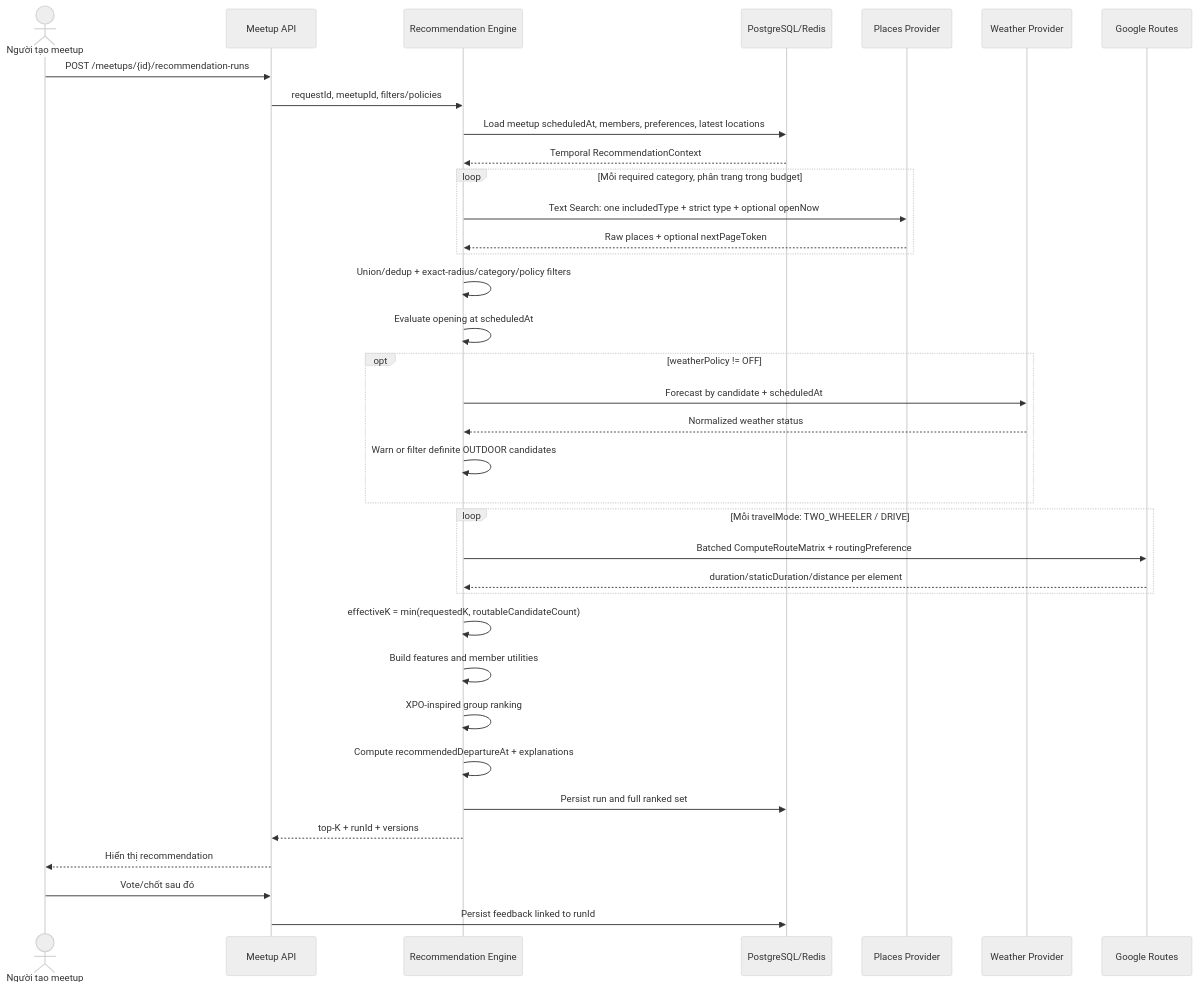
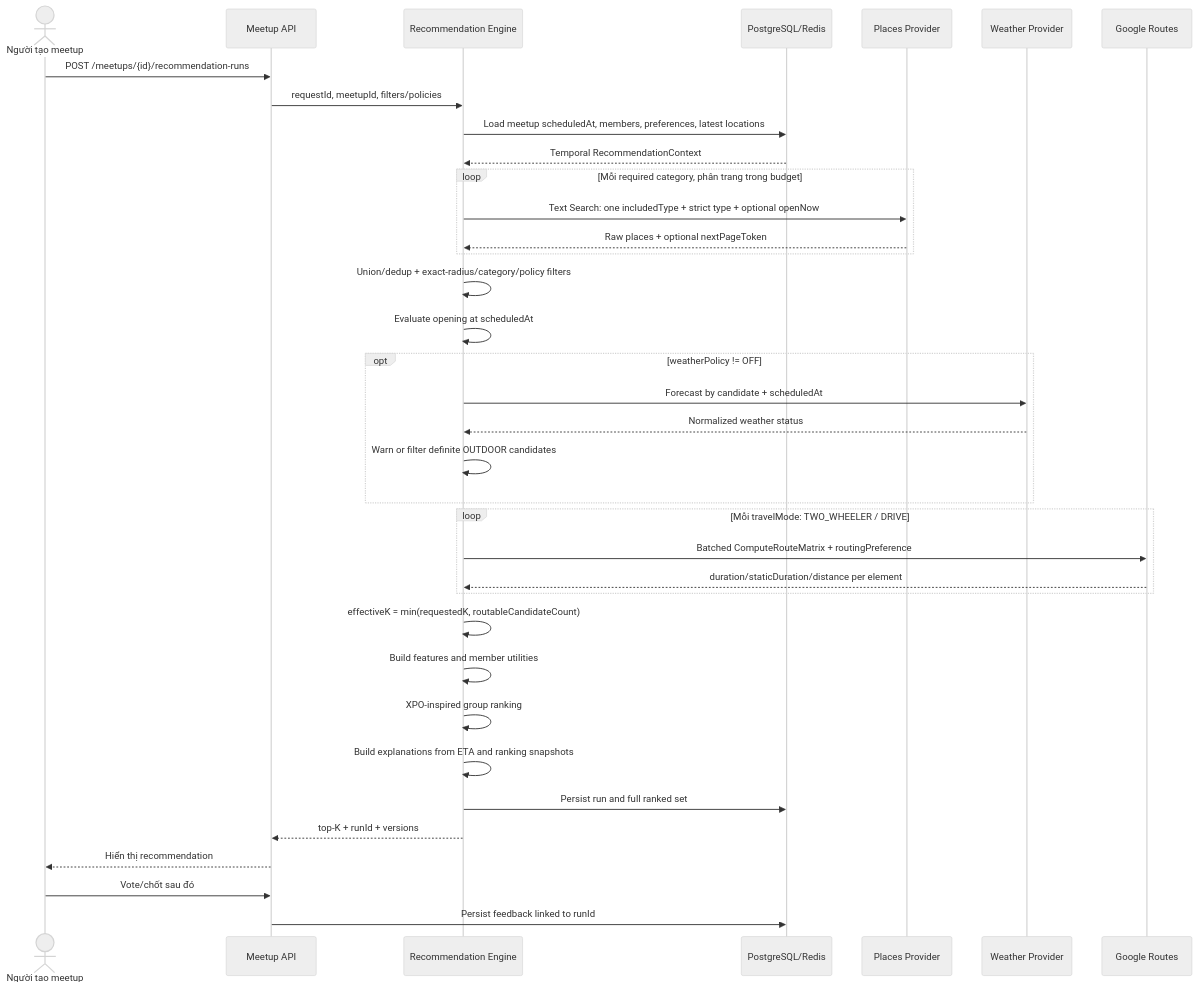
One commit to Bakaguya-sama/Meet-Up-Mobile-App-BE changed the third of 4 diagrams in docs/12_meetup_group_recommendation_engine.md. Above: the diagram before and after it, drawn with Mermaid (neutral theme). The commit also changed other lines of this file and 39 other files, not shown here.

Commit message:
feat(recommendations): add temporal opening snapshots and ETA-only results

````diff
--- a/docs/12_meetup_group_recommendation_engine.md
+++ b/docs/12_meetup_group_recommendation_engine.md
@@ -471,39 +467,39 @@
 ```mermaid
 sequenceDiagram
     actor Organizer as Người tạo meetup
     participant API as Meetup API
     participant RE as Recommendation Engine
     participant DB as PostgreSQL/Redis
     participant Places as Places Provider
     participant Weather as Weather Provider
     participant Routes as Google Routes
 
     Organizer->>API: POST /meetups/{id}/recommendation-runs
     API->>RE: requestId, meetupId, filters/policies
     RE->>DB: Load meetup scheduledAt, members, preferences, latest locations
     DB-->>RE: Temporal RecommendationContext
     loop Mỗi required category, phân trang trong budget
         RE->>Places: Text Search: one includedType + strict type + optional openNow
         Places-->>RE: Raw places + optional nextPageToken
     end
     RE->>RE: Union/dedup + exact-radius/category/policy filters
     RE->>RE: Evaluate opening at scheduledAt
     opt weatherPolicy != OFF
         RE->>Weather: Forecast by candidate + scheduledAt
         Weather-->>RE: Normalized weather status
         RE->>RE: Warn or filter definite OUTDOOR candidates
     end
     loop Mỗi travelMode: TWO_WHEELER / DRIVE
         RE->>Routes: Batched ComputeRouteMatrix + routingPreference
         Routes-->>RE: duration/staticDuration/distance per element
     end
     RE->>RE: effectiveK = min(requestedK, routableCandidateCount)
     RE->>RE: Build features and member utilities
     RE->>RE: XPO-inspired group ranking
-    RE->>RE: Compute recommendedDepartureAt + explanations
+    RE->>RE: Build explanations from ETA and ranking snapshots
     RE->>DB: Persist run and full ranked set
     RE-->>API: top-K + runId + versions
     API-->>Organizer: Hiển thị recommendation
     Organizer->>API: Vote/chốt sau đó
     API->>DB: Persist feedback linked to runId
 ```
````
